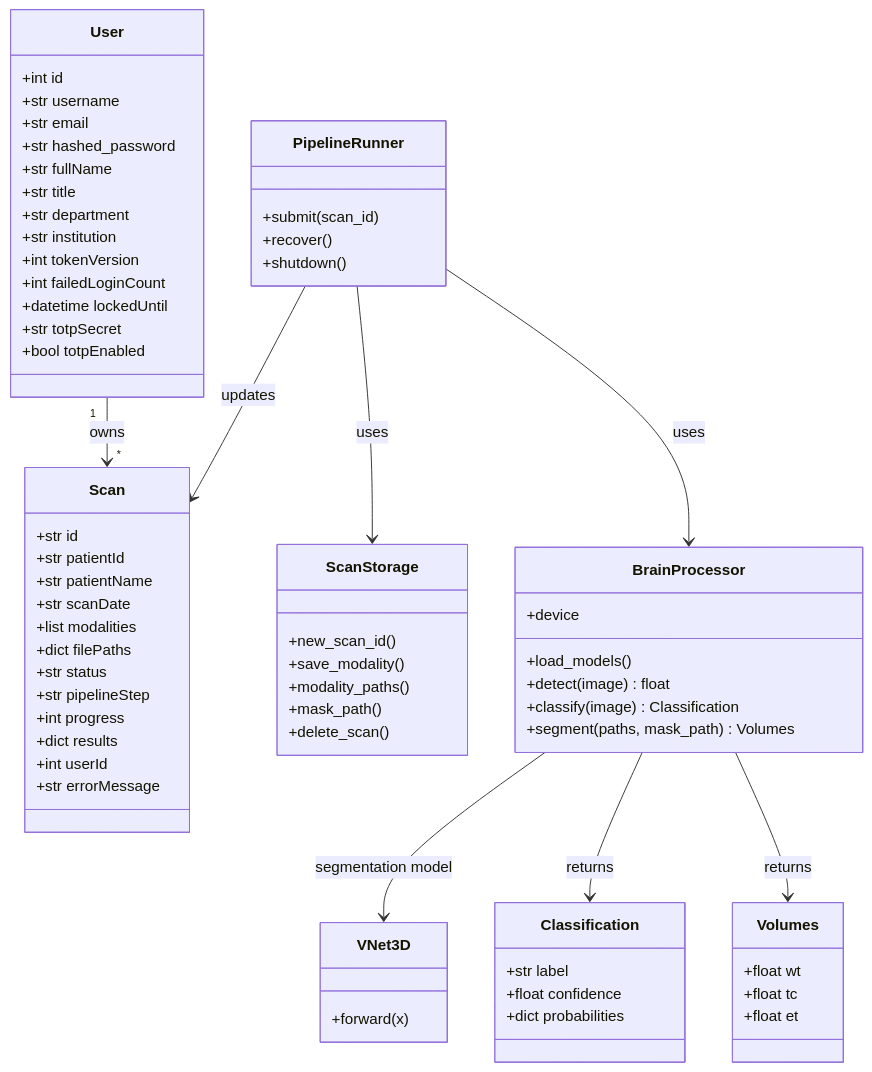
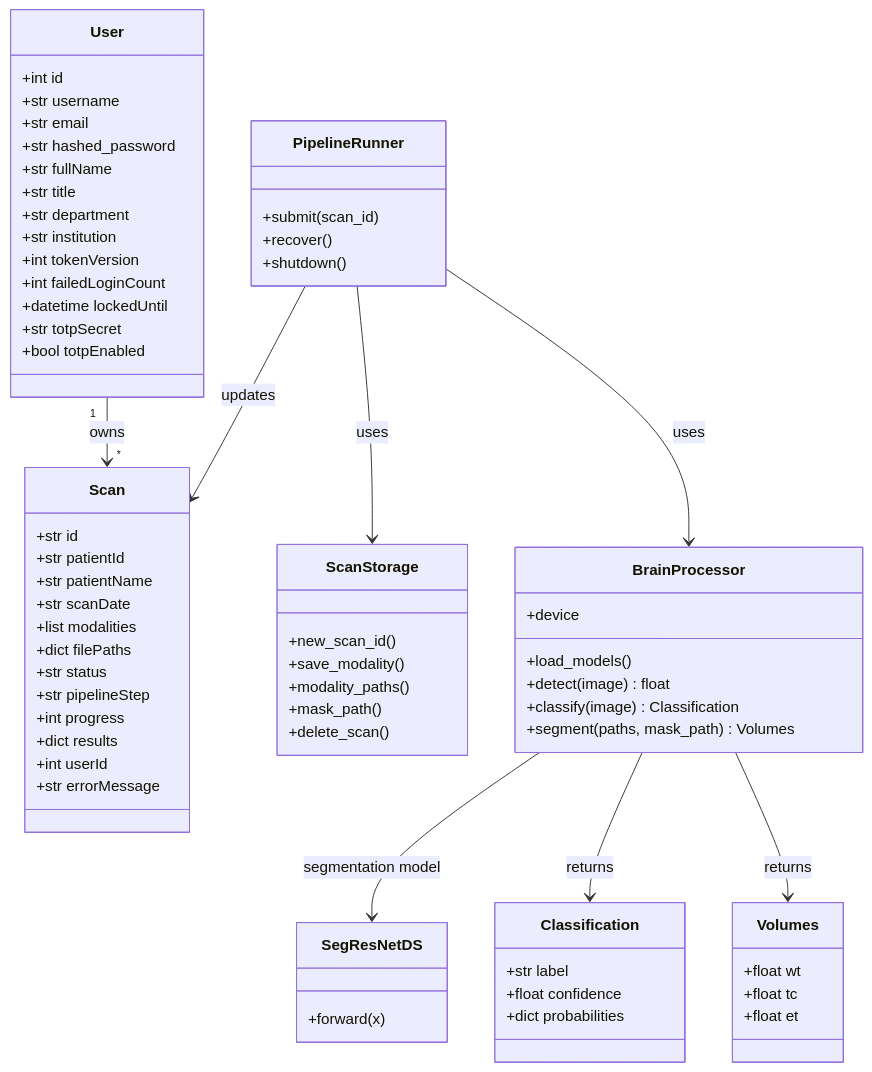
The fifth of 6 diagrams in Materials/Report Template.md (parthmital/NeuroScan-AI), drawn with Mermaid before and after one commit. The commit also changed other lines of this file and 126 other files, not shown here.

````diff
--- a/Materials/Report Template.md
+++ b/Materials/Report Template.md
@@ -600,71 +601,71 @@
 ```mermaid
 classDiagram
     class User {
         +int id
         +str username
         +str email
         +str hashed_password
         +str fullName
         +str title
         +str department
         +str institution
         +int tokenVersion
         +int failedLoginCount
         +datetime lockedUntil
         +str totpSecret
         +bool totpEnabled
     }
     class Scan {
         +str id
         +str patientId
         +str patientName
         +str scanDate
         +list modalities
         +dict filePaths
         +str status
         +str pipelineStep
         +int progress
         +dict results
         +int userId
         +str errorMessage
     }
     class ScanStorage {
         +new_scan_id()
         +save_modality()
         +modality_paths()
         +mask_path()
         +delete_scan()
     }
     class PipelineRunner {
         +submit(scan_id)
         +recover()
         +shutdown()
     }
     class BrainProcessor {
         +device
         +load_models()
         +detect(image) float
         +classify(image) Classification
         +segment(paths, mask_path) Volumes
     }
     class Classification {
         +str label
         +float confidence
         +dict probabilities
     }
     class Volumes {
         +float wt
         +float tc
         +float et
     }
-    class VNet3D {
+    class SegResNetDS {
         +forward(x)
     }
     User "1" --> "*" Scan : owns
     PipelineRunner --> BrainProcessor : uses
     PipelineRunner --> ScanStorage : uses
     PipelineRunner --> Scan : updates
-    BrainProcessor --> VNet3D : segmentation model
+    BrainProcessor --> SegResNetDS : segmentation model
     BrainProcessor --> Classification : returns
     BrainProcessor --> Volumes : returns
 ```
````
